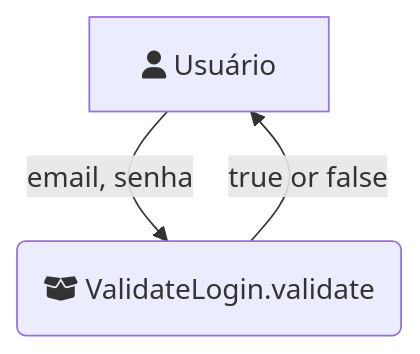
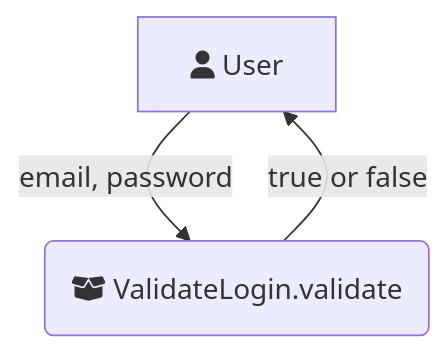
The diagram in ValidateLogin/validate-login-use-case.uml.mermaid (RenatoGarciaLopes/JavaIradoNoTxt), drawn with Mermaid before and after one commit. The commit also changed 26 other files, not shown here.

```diff
--- a/ValidateLogin/validate-login-use-case.uml.mermaid
+++ b/ValidateLogin/validate-login-use-case.uml.mermaid
@@ -1,6 +1,6 @@
 flowchart TD
-    A[fa:fa-user Usuário]
+    A[fa:fa-user User]
     B(fa:fa-box-open ValidateLogin.validate)
 
-    A -->| email, senha | B
+    A -->| email, password | B
     B -->| true or false | A
```
